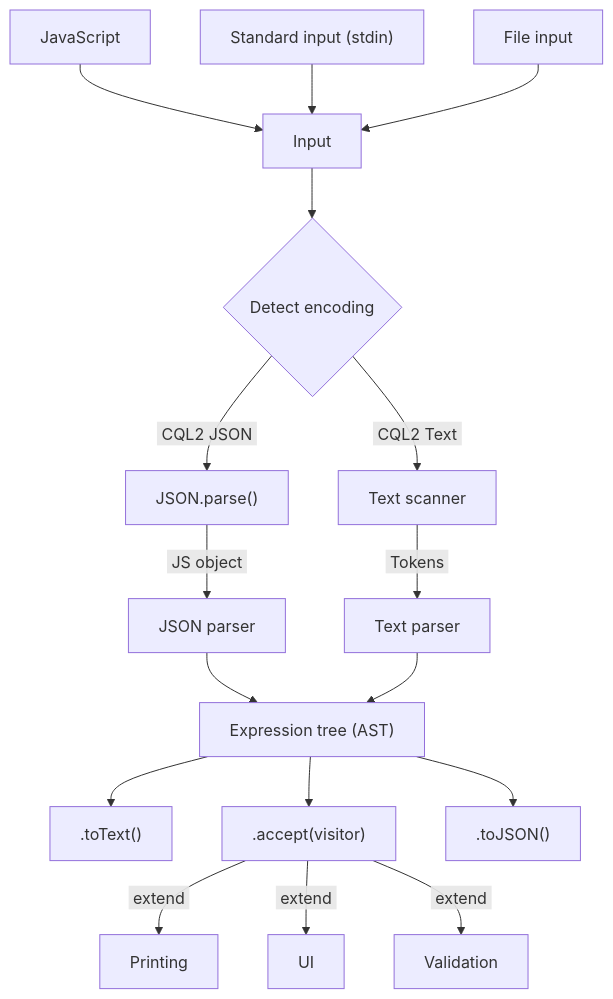
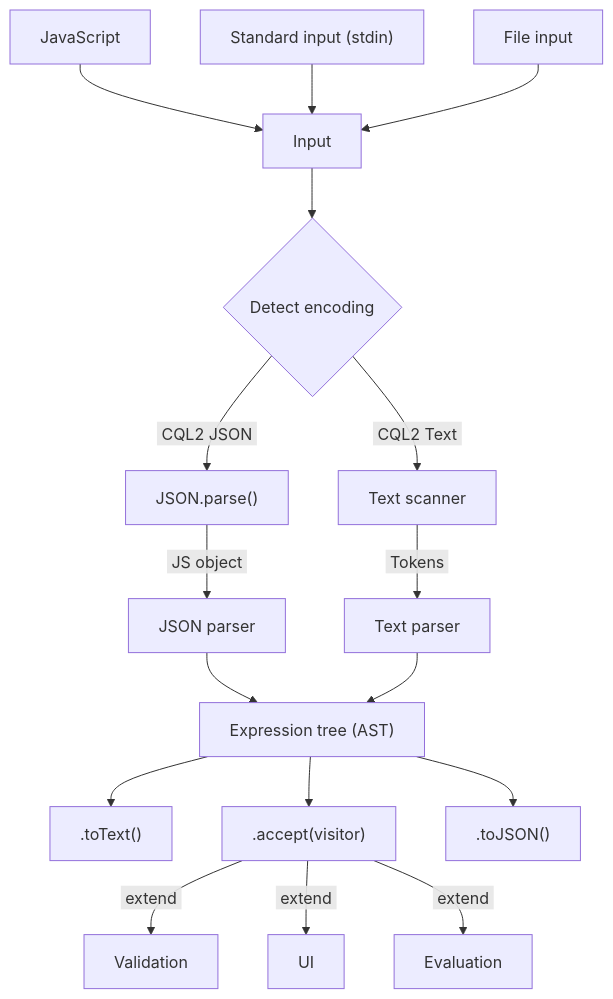
The diagram in README.md (NoamRa/ogc-cql2-filters), drawn with Mermaid before and after one commit.

````diff
--- a/README.md
+++ b/README.md
@@ -19,27 +19,27 @@
 ```mermaid
 flowchart TD
     JS[JavaScript] --> IN[Input]
     SI["Standard input (stdin)"] --> IN[Input]
     FI[File input] --> IN[Input]
     IN --> D{Detect encoding}
 
     %% CQL2 Text
     D --> |&nbsp;CQL2 Text&nbsp;| TS[Text scanner]
     TS --> |&nbsp;Tokens&nbsp;| TP[Text parser]
 
     %% CQL2 JSON
     D --> |&nbsp;CQL2 JSON&nbsp;| JSONP["JSON.parse()"]
     JSONP --> |&nbsp;JS object&nbsp;| JP[JSON parser]
     JP --> E
 
     %% Results
     TP --> E["Expression tree (AST)"]
     E --> TT[".toText()"]
     E --> VIS[".accept(visitor)"]
     E --> TJ[".toJSON()"]
 
     %% Visitor
-    VIS --> |&nbsp;extend&nbsp;| P[Printing]
+    VIS --> |&nbsp;extend&nbsp;| Val[Validation]
     VIS --> |&nbsp;extend&nbsp;| UI[UI]
-    VIS --> |&nbsp;extend&nbsp;| Val[Validation]
+    VIS --> |&nbsp;extend&nbsp;| Eval[Evaluation]
 ```
````
